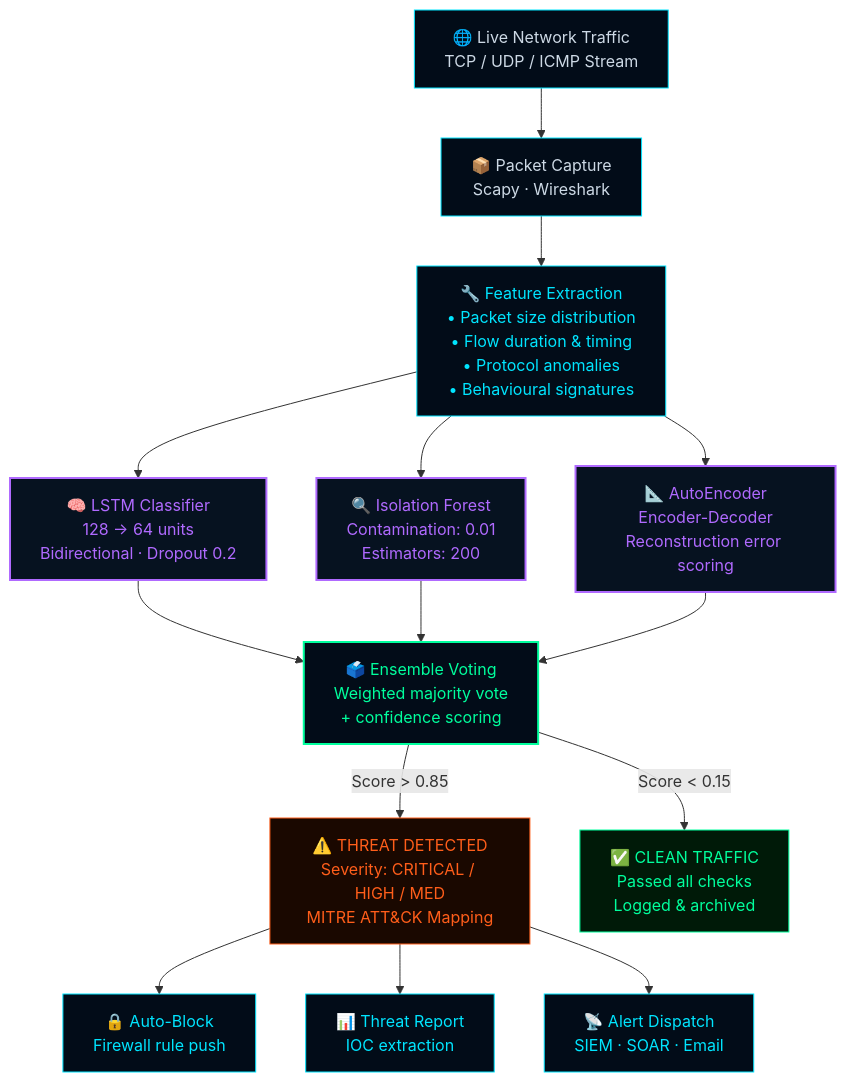
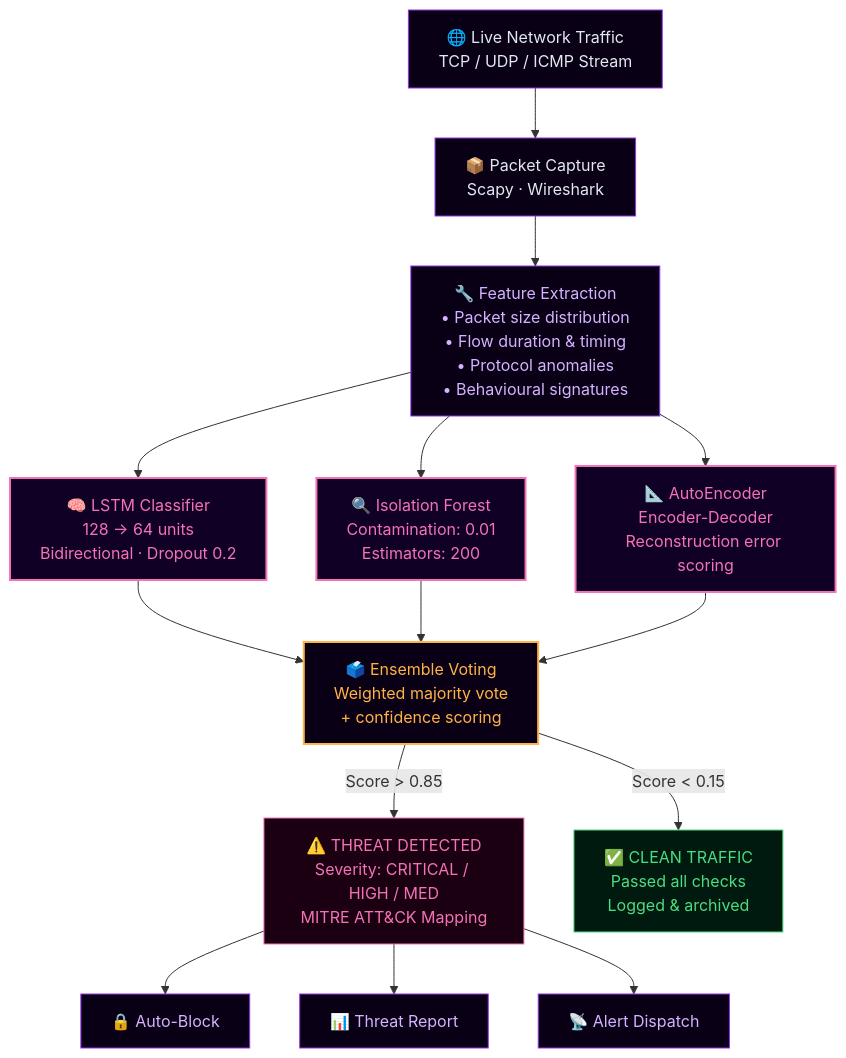
One commit to LuthandoCandlovu/LuthandoCandlovu changed the third of 8 diagrams in README.md. Above: the diagram before and after it, drawn with Mermaid. The commit also changed other lines of this file, not shown here.

````diff
--- a/README.md
+++ b/README.md
@@ -338,28 +298,28 @@
 ```mermaid
 flowchart TD
     TRAFFIC["🌐 Live Network Traffic\nTCP / UDP / ICMP Stream"]:::node
 
     TRAFFIC --> CAP["📦 Packet Capture\nScapy · Wireshark"]:::node
     CAP --> EXTRACT["🔧 Feature Extraction\n• Packet size distribution\n• Flow duration & timing\n• Protocol anomalies\n• Behavioural signatures"]:::process
 
     EXTRACT --> LSTM["🧠 LSTM Classifier\n128 → 64 units\nBidirectional · Dropout 0.2"]:::model
     EXTRACT --> ISO["🔍 Isolation Forest\nContamination: 0.01\nEstimators: 200"]:::model
     EXTRACT --> AUTO["📐 AutoEncoder\nEncoder-Decoder\nReconstruction error scoring"]:::model
 
     LSTM & ISO & AUTO --> ENSEMBLE["🗳️ Ensemble Voting\nWeighted majority vote\n+ confidence scoring"]:::ensemble
 
     ENSEMBLE -->|"Score > 0.85"| THREAT["⚠️ THREAT DETECTED\nSeverity: CRITICAL / HIGH / MED\nMITRE ATT&CK Mapping"]:::alert
     ENSEMBLE -->|"Score < 0.15"| SAFE["✅ CLEAN TRAFFIC\nPassed all checks\nLogged & archived"]:::safe
 
-    THREAT --> BLOCK["🔒 Auto-Block\nFirewall rule push"]:::action
-    THREAT --> REPORT["📊 Threat Report\nIOC extraction"]:::action
-    THREAT --> NOTIFY["📡 Alert Dispatch\nSIEM · SOAR · Email"]:::action
+    THREAT --> BLOCK["🔒 Auto-Block"]:::action
+    THREAT --> REPORT["📊 Threat Report"]:::action
+    THREAT --> NOTIFY["📡 Alert Dispatch"]:::action
 
-    classDef node fill:#020c18,stroke:#00e5ff,color:#cdd9e5
-    classDef process fill:#020c18,stroke:#00e5ff,color:#00e5ff
-    classDef model fill:#061220,stroke:#b06aff,color:#b06aff,stroke-width:2px
-    classDef ensemble fill:#020c18,stroke:#00ff9d,color:#00ff9d,stroke-width:2px
-    classDef alert fill:#1a0800,stroke:#ff5e1a,color:#ff5e1a
-    classDef safe fill:#001a08,stroke:#00ff9d,color:#00ff9d
-    classDef action fill:#020c18,stroke:#00e5ff,color:#00e5ff
+    classDef node fill:#0a0015,stroke:#9333EA,color:#e2e8f0
+    classDef process fill:#0a0015,stroke:#9333EA,color:#d4b3ff
+    classDef model fill:#100025,stroke:#F472B6,color:#F472B6,stroke-width:2px
+    classDef ensemble fill:#0a0015,stroke:#FFB347,color:#FFB347,stroke-width:2px
+    classDef alert fill:#1a0010,stroke:#F472B6,color:#F472B6
+    classDef safe fill:#001a10,stroke:#4ADE80,color:#4ADE80
+    classDef action fill:#0a0015,stroke:#9333EA,color:#d4b3ff
 ```
````
